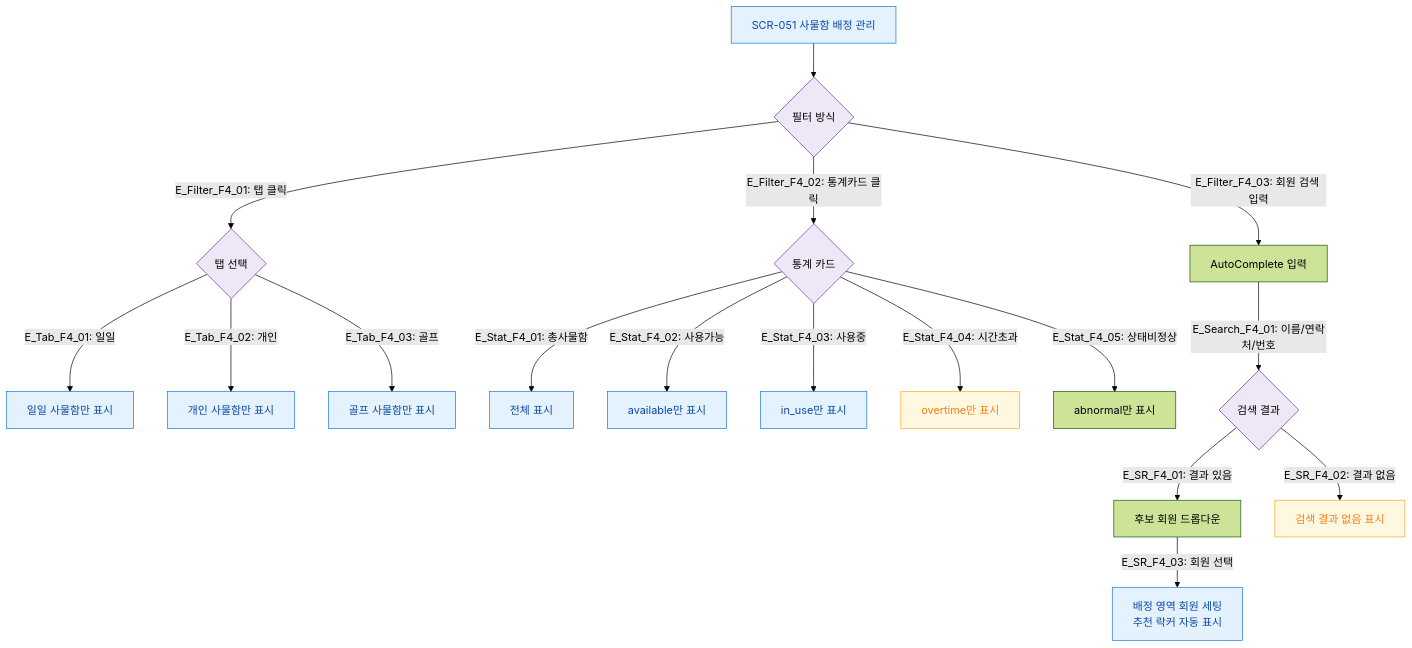
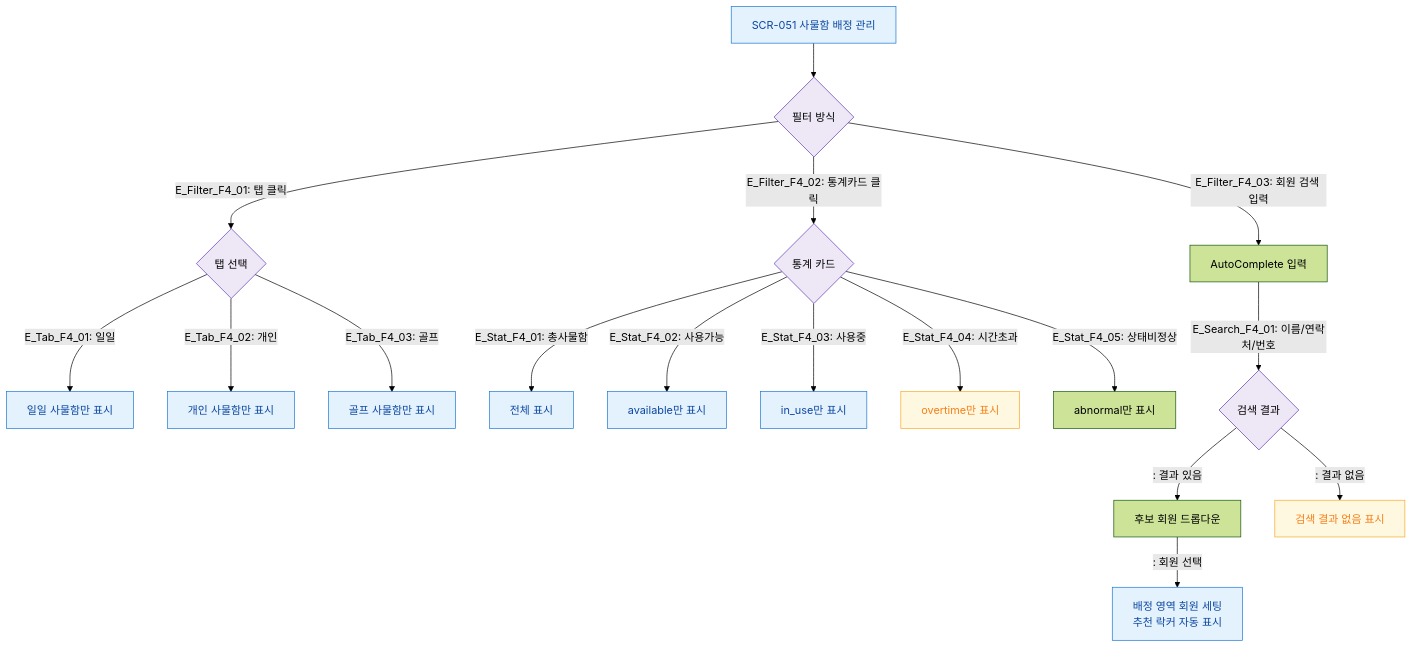
One commit to dev-spogym/admin-pando changed the diagram in docs/다이어그램/D06_시설관리/SCR-051_사물함배정관리/F4_필터검색.md. Above: the diagram before and after it, drawn with Mermaid (forest theme). The commit also changed other lines of this file and 1660 other files, not shown here.

First line of the commit message:
다이어그램: 기획자/클라이언트 납품본으로 정리

````diff
--- a/docs/다이어그램/D06_시설관리/SCR-051_사물함배정관리/F4_필터검색.md
+++ b/docs/다이어그램/D06_시설관리/SCR-051_사물함배정관리/F4_필터검색.md
@@ -22,30 +20,30 @@
 ```mermaid
 flowchart TD
     SCR051[SCR-051 사물함 배정 관리] --> FilterEntry{필터 방식}
 
-    FilterEntry -->|"E_Filter_F4_01: 탭 클릭"| TabFilter{탭 선택}
-    TabFilter -->|"E_Tab_F4_01: 일일"| ShowDaily[일일 사물함만 표시]
-    TabFilter -->|"E_Tab_F4_02: 개인"| ShowPersonal[개인 사물함만 표시]
-    TabFilter -->|"E_Tab_F4_03: 골프"| ShowGolf[골프 사물함만 표시]
+    FilterEntry -->|"E_Filter_F4_01: 탭 클릭"|TabFilter{탭 선택}
+    TabFilter -->|"E_Tab_F4_01: 일일"|ShowDaily[일일 사물함만 표시]
+    TabFilter -->|"E_Tab_F4_02: 개인"|ShowPersonal[개인 사물함만 표시]
+    TabFilter -->|"E_Tab_F4_03: 골프"|ShowGolf[골프 사물함만 표시]
 
-    FilterEntry -->|"E_Filter_F4_02: 통계카드 클릭"| StatFilter{통계 카드}
-    StatFilter -->|"E_Stat_F4_01: 총사물함"| ShowAll[전체 표시]
-    StatFilter -->|"E_Stat_F4_02: 사용가능"| ShowAvail[available만 표시]
-    StatFilter -->|"E_Stat_F4_03: 사용중"| ShowInUse[in_use만 표시]
-    StatFilter -->|"E_Stat_F4_04: 시간초과"| ShowOvertime[overtime만 표시]
-    StatFilter -->|"E_Stat_F4_05: 상태비정상"| ShowAbnormal[abnormal만 표시]
+    FilterEntry -->|"E_Filter_F4_02: 통계카드 클릭"|StatFilter{통계 카드}
+    StatFilter -->|"E_Stat_F4_01: 총사물함"|ShowAll[전체 표시]
+    StatFilter -->|"E_Stat_F4_02: 사용가능"|ShowAvail[available만 표시]
+    StatFilter -->|"E_Stat_F4_03: 사용중"|ShowInUse[in_use만 표시]
+    StatFilter -->|"E_Stat_F4_04: 시간초과"|ShowOvertime[overtime만 표시]
+    StatFilter -->|"E_Stat_F4_05: 상태비정상"|ShowAbnormal[abnormal만 표시]
 
-    FilterEntry -->|"E_Filter_F4_03: 회원 검색 입력"| SearchInput[AutoComplete 입력]
-    SearchInput -->|"E_Search_F4_01: 이름/연락처/번호"| SearchResult{검색 결과}
-    SearchResult -->|"E_SR_F4_01: 결과 있음"| DropDown[후보 회원 드롭다운]
-    SearchResult -->|"E_SR_F4_02: 결과 없음"| NoResult[검색 결과 없음 표시]
-    DropDown -->|"E_SR_F4_03: 회원 선택"| SelectMember[배정 영역 회원 세팅\n추천 락커 자동 표시]
+    FilterEntry -->|"E_Filter_F4_03: 회원 검색 입력"|SearchInput[AutoComplete 입력]
+    SearchInput -->|"E_Search_F4_01: 이름/연락처/번호"|SearchResult{검색 결과}
+    SearchResult -->|": 결과 있음"|DropDown[후보 회원 드롭다운]
+    SearchResult -->|": 결과 없음"|NoResult[검색 결과 없음 표시]
+    DropDown -->|": 회원 선택"|SelectMember[배정 영역 회원 세팅\n추천 락커 자동 표시]
 
     classDef screen fill:#E3F2FD,stroke:#1976D2,color:#0D47A1
     classDef system fill:#EDE7F6,stroke:#5E35B2
     classDef warning fill:#FFF8E1,stroke:#F9A825,color:#F57F17
 
     class SCR051,ShowDaily,ShowPersonal,ShowGolf,ShowAll,ShowAvail,ShowInUse,SelectMember screen
     class ShowOvertime,NoResult warning
     class FilterEntry,TabFilter,StatFilter,SearchResult system
 ```
````
